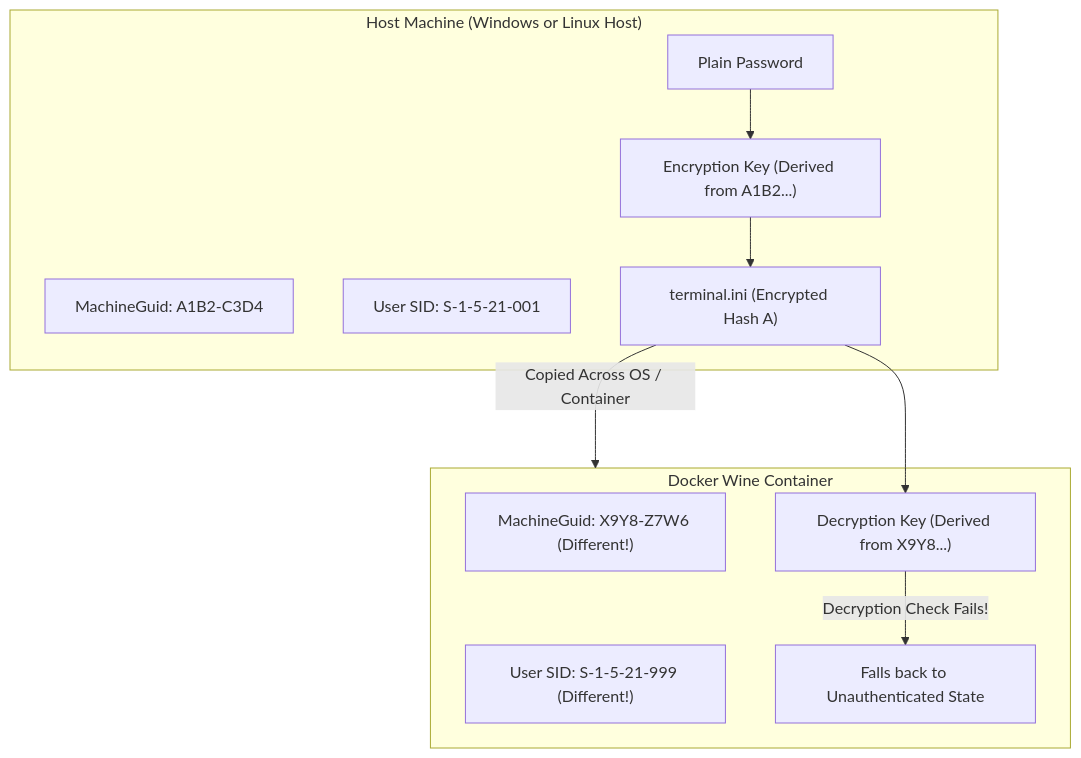
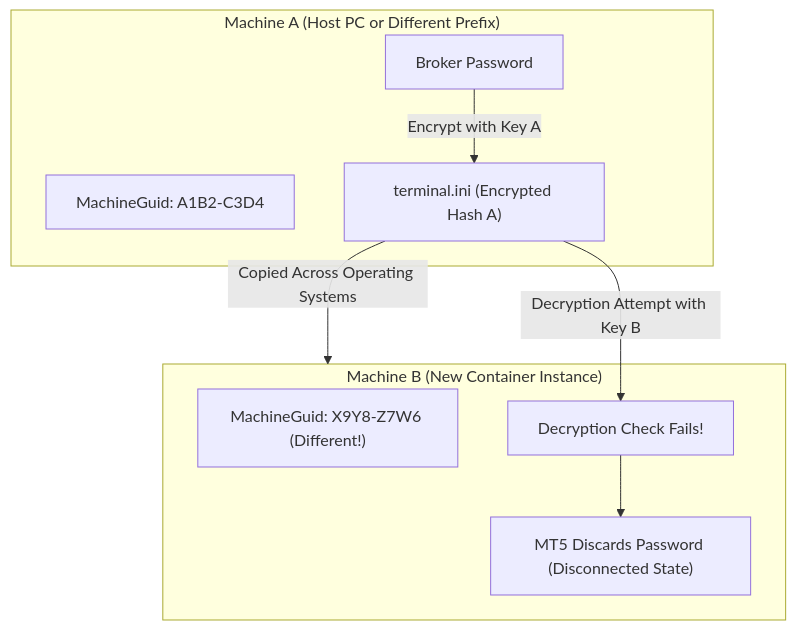
Before and after one commit to devffex/MetaBridge5: the first of 2 diagrams in apps/market-gateway/docs/authentication_persistence.md, drawn with Mermaid. The commit also changed other lines of this file and 7 other files, not shown here.

````diff
--- a/apps/market-gateway/docs/authentication_persistence.md
+++ b/apps/market-gateway/docs/authentication_persistence.md
@@ -20,20 +18,15 @@
 ```mermaid
 flowchart TD
-    subgraph HostA ["Host Machine (Windows or Linux Host)"]
-        MachineGuidA["MachineGuid: A1B2-C3D4"]
-        SidA["User SID: S-1-5-21-001"]
-        KeyA["Encryption Key (Derived from A1B2...)"]
-        PassA["Plain Password"] --> KeyA
-        KeyA --> EncryptedFile["terminal.ini (Encrypted Hash A)"]
+    subgraph MachineA ["Machine A (Host PC or Different Prefix)"]
+        GuidA["MachineGuid: A1B2-C3D4"]
+        Pass["Broker Password"] -->|"Encrypt with Key A"| File["terminal.ini (Encrypted Hash A)"]
     end
 
-    EncryptedFile -->|"Copied Across OS / Container"| HostB
+    File -->|"Copied Across Operating Systems"| MachineB
 
-    subgraph HostB ["Docker Wine Container"]
-        MachineGuidB["MachineGuid: X9Y8-Z7W6 (Different!)"]
-        SidB["User SID: S-1-5-21-999 (Different!)"]
-        KeyB["Decryption Key (Derived from X9Y8...)"]
-        EncryptedFile --> KeyB
-        KeyB -->|"Decryption Check Fails!"| Fallback["Falls back to Unauthenticated State"]
+    subgraph MachineB ["Machine B (New Container Instance)"]
+        GuidB["MachineGuid: X9Y8-Z7W6 (Different!)"]
+        File -->|"Decryption Attempt with Key B"| Fail["Decryption Check Fails!"]
+        Fail --> Disconnected["MT5 Discards Password (Disconnected State)"]
     end
 ```
````
